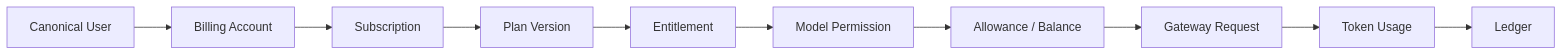
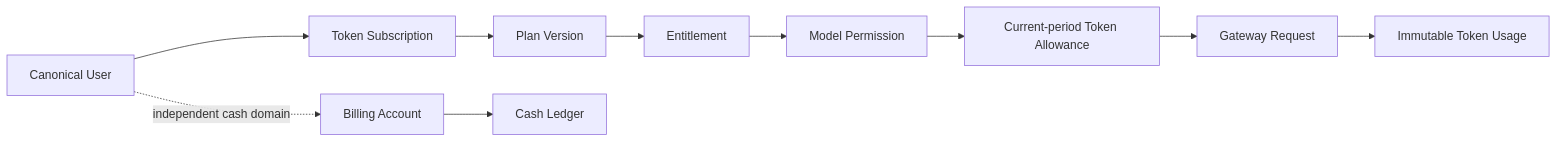
Before and after one commit to glide-the/dream-im-platform: the second of 2 diagrams in docs/verification/ink-dream-memory-pg-billing-gateway-treatment-decision.md, drawn with Mermaid. The commit also changed other lines of this file and 130 other files, not shown here.

First line of the commit message:
feat: Implement subscription payment system with token-based billing

````diff
--- a/docs/verification/ink-dream-memory-pg-billing-gateway-treatment-decision.md
+++ b/docs/verification/ink-dream-memory-pg-billing-gateway-treatment-decision.md
@@ -278,7 +286,8 @@
 ```mermaid
 flowchart LR
-  U["Canonical User"] --> B["Billing Account"] --> S["Subscription"]
+  U["Canonical User"] --> S["Token Subscription"]
   S --> V["Plan Version"] --> E["Entitlement"] --> M["Model Permission"]
-  M --> A["Allowance / Balance"] --> G["Gateway Request"]
-  G --> T["Token Usage"] --> L["Ledger"]
+  M --> A["Current-period Token Allowance"] --> G["Gateway Request"]
+  G --> T["Immutable Token Usage"]
+  U -. "independent cash domain" .-> B["Billing Account"] --> L["Cash Ledger"]
 ```
````
